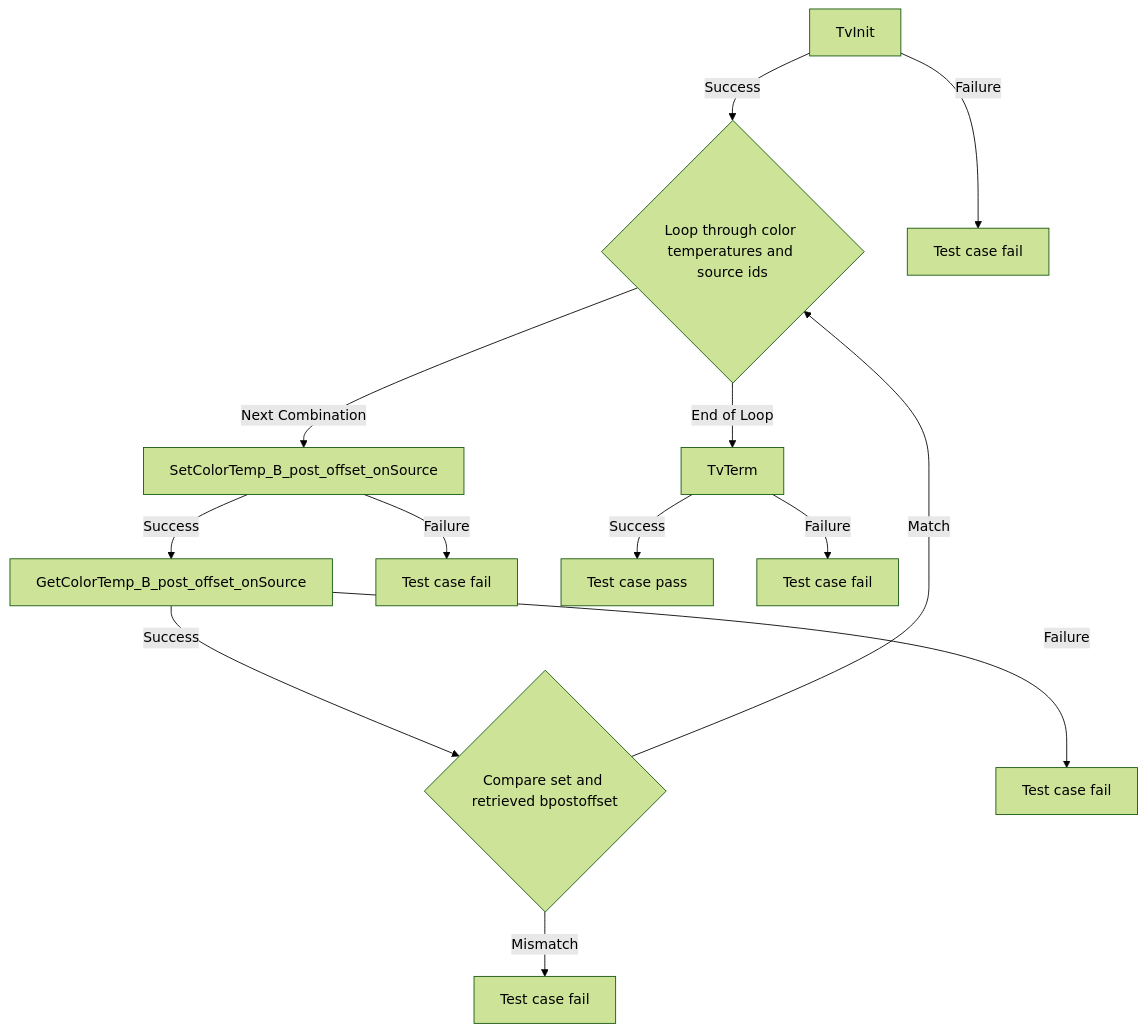
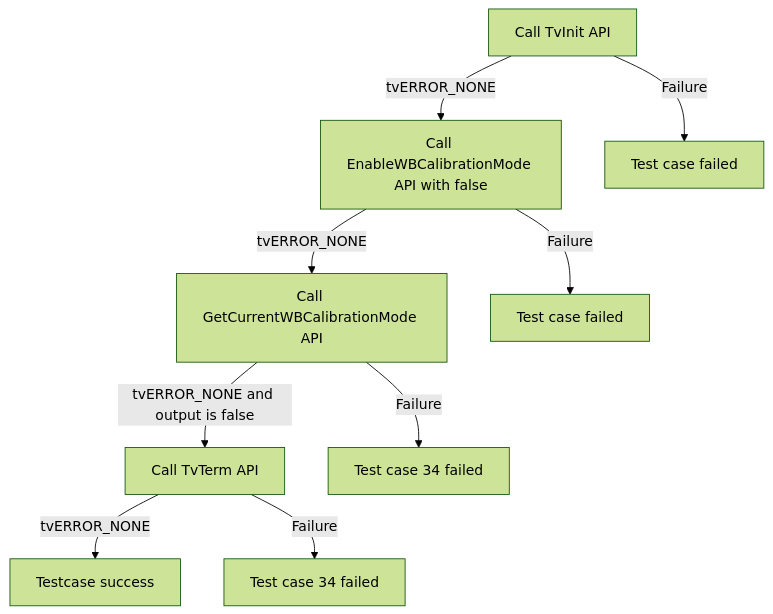
Before and after one commit to rdkcentral/rdkv-halif-test-tvsettings: diagram 32 of 48 in docs/pages/tvSettings_L2_Low-Level_TestSpecification.md, drawn with Mermaid (forest theme). The commit also changed other lines of this file and 1 other file, not shown here.

````diff
--- a/docs/pages/tvSettings_L2_Low-Level_TestSpecification.md
+++ b/docs/pages/tvSettings_L2_Low-Level_TestSpecification.md
@@ -1519,15 +1493,11 @@
 ```mermaid
 graph TB
-    A[TvInit] -->|Success| B{Loop through color temperatures and source ids}
-    A -->|Failure| A1[Test case fail]
-    B -->|Next Combination| C[SetColorTemp_B_post_offset_onSource]
-    B -->|End of Loop| G[TvTerm]
-    C -->|Success| D[GetColorTemp_B_post_offset_onSource]
-    C -->|Failure| C1[Test case fail]
-    D -->|Success| E{Compare set and retrieved bpostoffset}
-    D -->|Failure| D1[Test case fail]
-    E -->|Match| B
-    E -->|Mismatch| E1[Test case fail]
-    G -->|Success| H[Test case pass]
-    G -->|Failure| G1[Test case fail]
+    Step1[Call TvInit API] -->|tvERROR_NONE| Step2
+    Step1 -->|Failure| Fail1[Test case failed]
+    Step2[Call EnableWBCalibrationMode API with false] -->|tvERROR_NONE| Step3
+    Step2 -->|Failure| Fail2[Test case  failed]
+    Step3[Call GetCurrentWBCalibrationMode API] -->|tvERROR_NONE and output is false| Step4
+    Step3 -->|Failure| Fail3[Test case 34 failed]
+    Step4[Call TvTerm API] -->|tvERROR_NONE| Step5[Testcase success]
+    Step4 -->|Failure| Fail4[Test case 34 failed]
 ```
````
